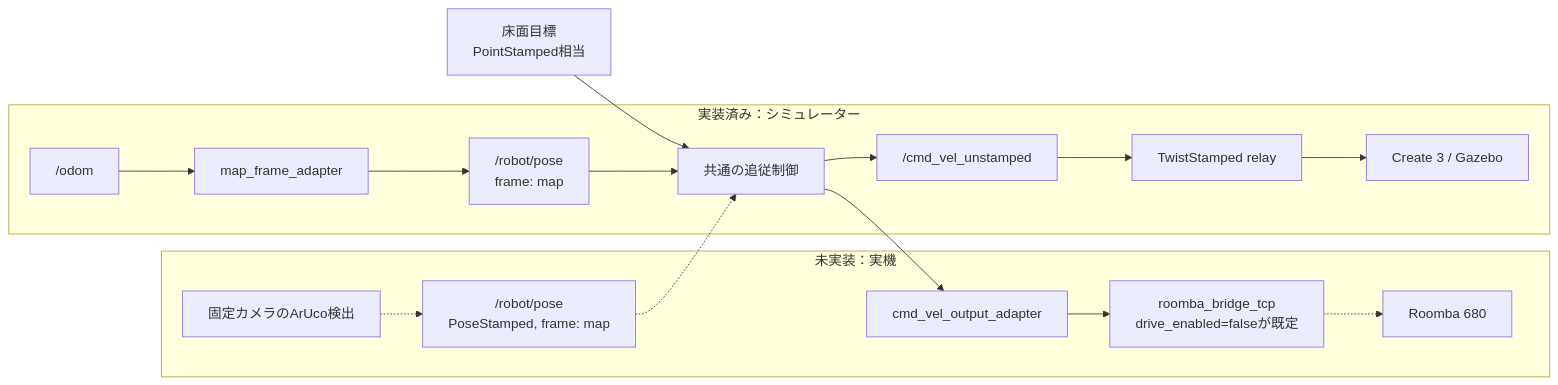
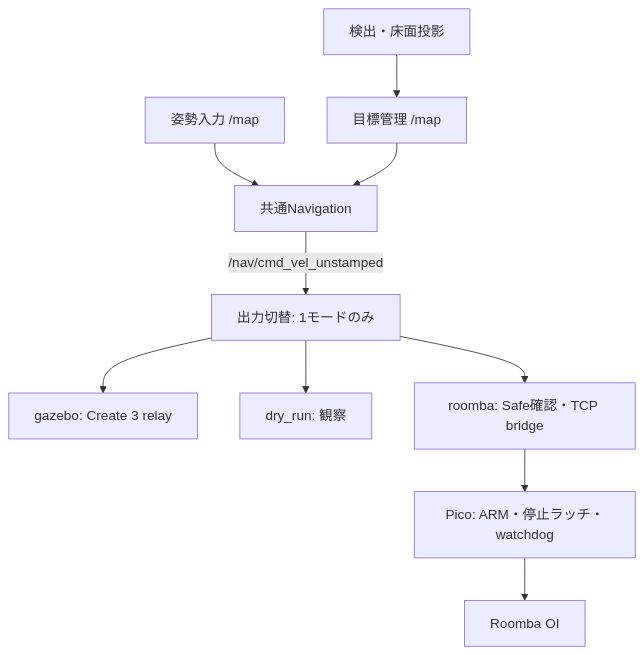
The second of 3 diagrams in ARCHITECTURE.md (nagipan777/robot-1), drawn with Mermaid before and after one commit. The commit also changed other lines of this file and 3 other files, not shown here.

Commit message:
Document current architecture, motion safety boundaries and staged cleanup

````diff
--- a/ARCHITECTURE.md
+++ b/ARCHITECTURE.md
@@ -183,21 +100,12 @@
 ```mermaid
-flowchart LR
-    target["床面目標<br/>PointStamped相当"] --> controller["共通の追従制御"]
-
-    subgraph simulation["実装済み：シミュレーター"]
-        odom["/odom"] --> frames["map_frame_adapter"]
-        frames --> pose_sim["/robot/pose<br/>frame: map"]
-        pose_sim --> controller
-        controller --> unstamped["/cmd_vel_unstamped"]
-        unstamped --> relay["TwistStamped relay"]
-        relay --> gazebo["Create 3 / Gazebo"]
-    end
-
-    subgraph hardware["未実装：実機"]
-        aruco["固定カメラのArUco検出"] -.-> pose["/robot/pose<br/>PoseStamped, frame: map"]
-        pose -.-> controller
-        controller --> adapter["cmd_vel_output_adapter"]
-        adapter --> bridge["roomba_bridge_tcp<br/>drive_enabled=falseが既定"]
-        bridge -.-> roomba["Roomba 680"]
-    end
+flowchart TD
+    perception["検出・床面投影"] --> target["目標管理 /map"]
+    pose["姿勢入力 /map"] --> nav["共通Navigation"]
+    target --> nav
+    nav -->|"/nav/cmd_vel_unstamped"| select["出力切替: 1モードのみ"]
+    select --> sim["gazebo: Create 3 relay"]
+    select --> dry["dry_run: 観察"]
+    select --> hw["roomba: Safe確認・TCP bridge"]
+    hw --> firmware["Pico: ARM・停止ラッチ・watchdog"]
+    firmware --> oi["Roomba OI"]
 ```
````
